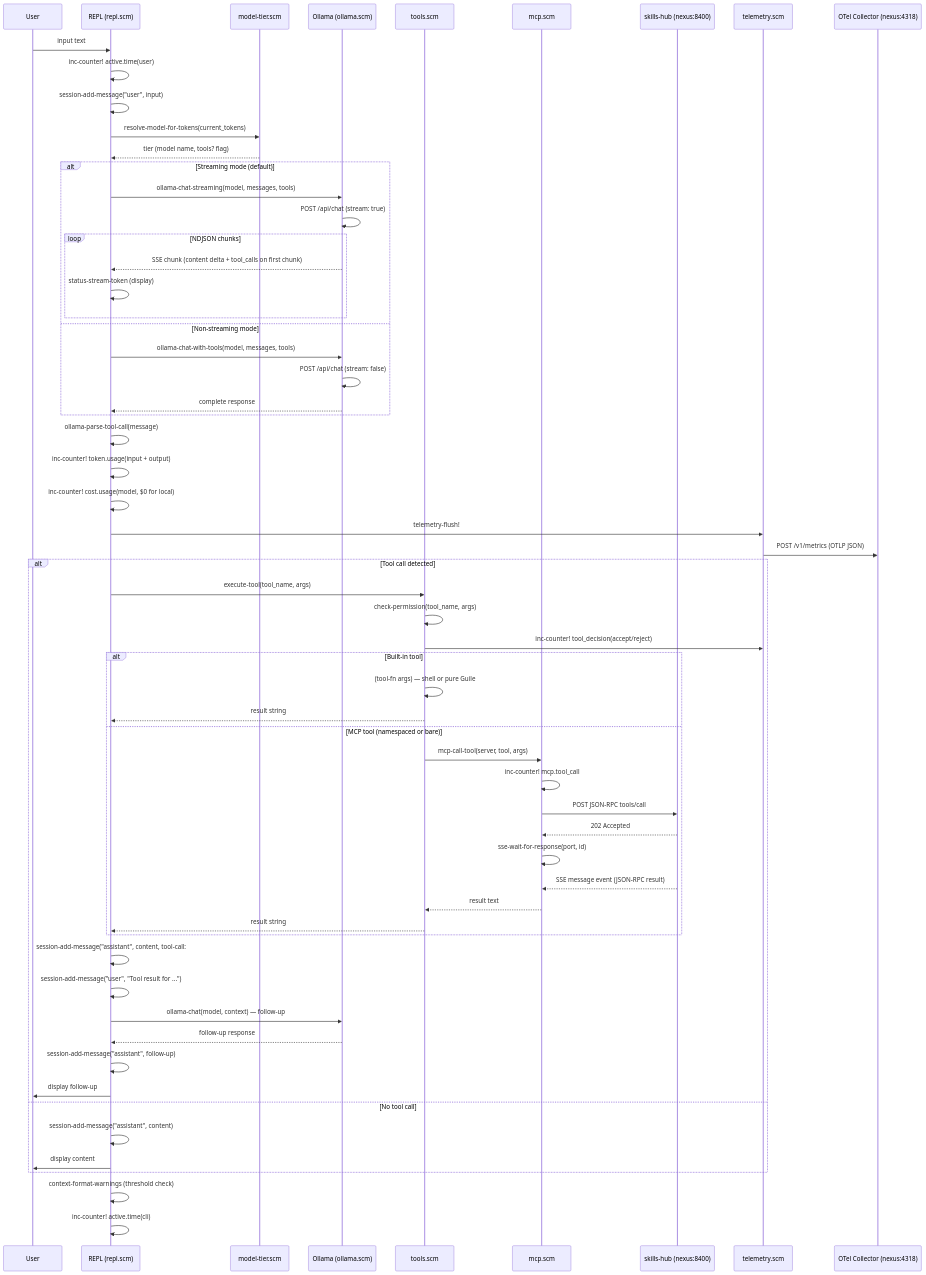
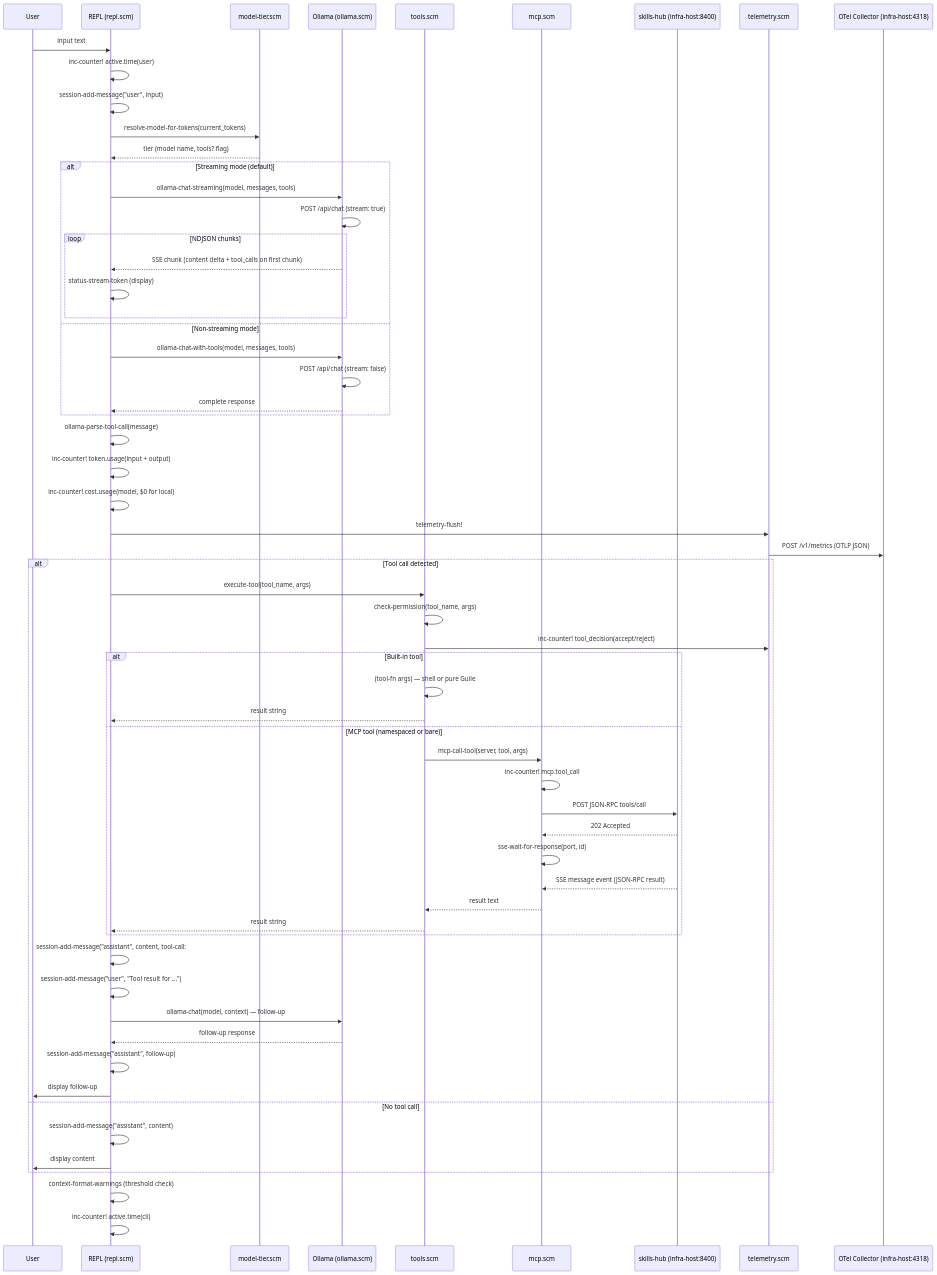
Before and after one commit to dsp-dr/guile-sage: the fourth of 5 diagrams in docs/ARCHITECTURE.org, drawn with Mermaid. The commit also changed other lines of this file and 17 other files, not shown here.

```diff
--- a/docs/ARCHITECTURE.org
+++ b/docs/ARCHITECTURE.org
@@ -275,70 +275,70 @@
 #+BEGIN_SRC mermaid
 sequenceDiagram
     participant U as User
     participant R as REPL (repl.scm)
     participant MT as model-tier.scm
     participant O as Ollama (ollama.scm)
     participant T as tools.scm
     participant MCP as mcp.scm
-    participant SK as skills-hub (nexus:8400)
+    participant SK as skills-hub (infra-host:8400)
     participant TM as telemetry.scm
-    participant OC as OTel Collector (nexus:4318)
+    participant OC as OTel Collector (infra-host:4318)
 
     U->>R: input text
     R->>R: inc-counter! active.time(user)
     R->>R: session-add-message("user", input)
     R->>MT: resolve-model-for-tokens(current_tokens)
     MT-->>R: tier (model name, tools? flag)
 
     alt Streaming mode (default)
         R->>O: ollama-chat-streaming(model, messages, tools)
         O->>O: POST /api/chat (stream: true)
         loop NDJSON chunks
             O-->>R: SSE chunk (content delta + tool_calls on first chunk)
             R->>R: status-stream-token (display)
         end
     else Non-streaming mode
         R->>O: ollama-chat-with-tools(model, messages, tools)
         O->>O: POST /api/chat (stream: false)
         O-->>R: complete response
     end
 
     R->>R: ollama-parse-tool-call(message)
     R->>R: inc-counter! token.usage(input + output)
     R->>R: inc-counter! cost.usage(model, $0 for local)
     R->>TM: telemetry-flush!
     TM->>OC: POST /v1/metrics (OTLP JSON)
 
     alt Tool call detected
         R->>T: execute-tool(tool_name, args)
         T->>T: check-permission(tool_name, args)
         T->>TM: inc-counter! tool_decision(accept/reject)
 
         alt Built-in tool
             T->>T: (tool-fn args) — shell or pure Guile
             T-->>R: result string
         else MCP tool (namespaced or bare)
             T->>MCP: mcp-call-tool(server, tool, args)
             MCP->>MCP: inc-counter! mcp.tool_call
             MCP->>SK: POST JSON-RPC tools/call
             SK-->>MCP: 202 Accepted
             MCP->>MCP: sse-wait-for-response(port, id)
             SK-->>MCP: SSE message event (JSON-RPC result)
             MCP-->>T: result text
             T-->>R: result string
         end
 
         R->>R: session-add-message("assistant", content, tool-call: #t)
         R->>R: session-add-message("user", "Tool result for ...")
         R->>O: ollama-chat(model, context) — follow-up
         O-->>R: follow-up response
         R->>R: session-add-message("assistant", follow-up)
         R->>U: display follow-up
     else No tool call
         R->>R: session-add-message("assistant", content)
         R->>U: display content
     end
 
     R->>R: context-format-warnings (threshold check)
     R->>R: inc-counter! active.time(cli)
 #+END_SRC
```
